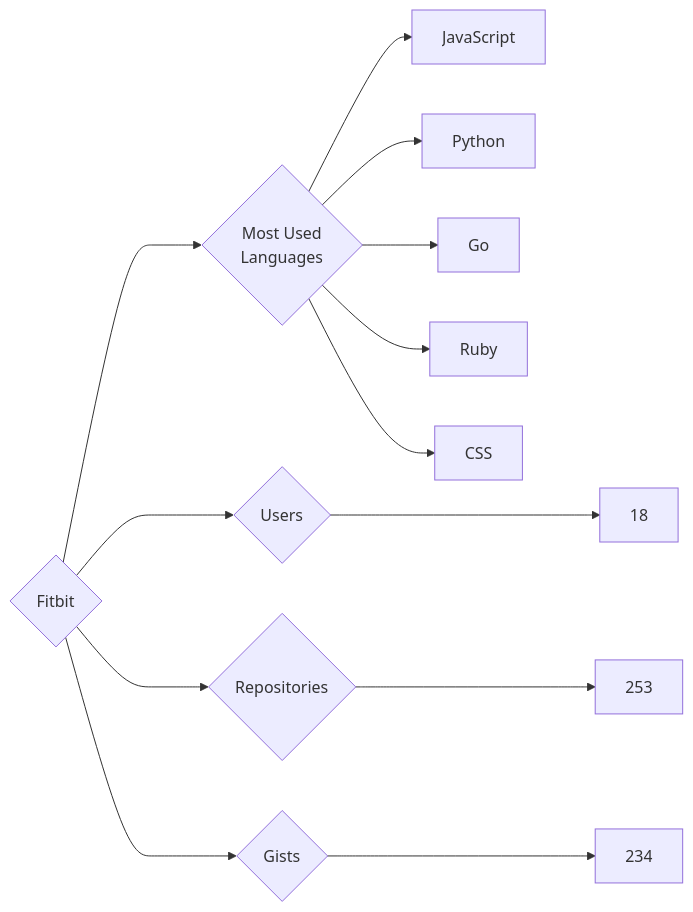
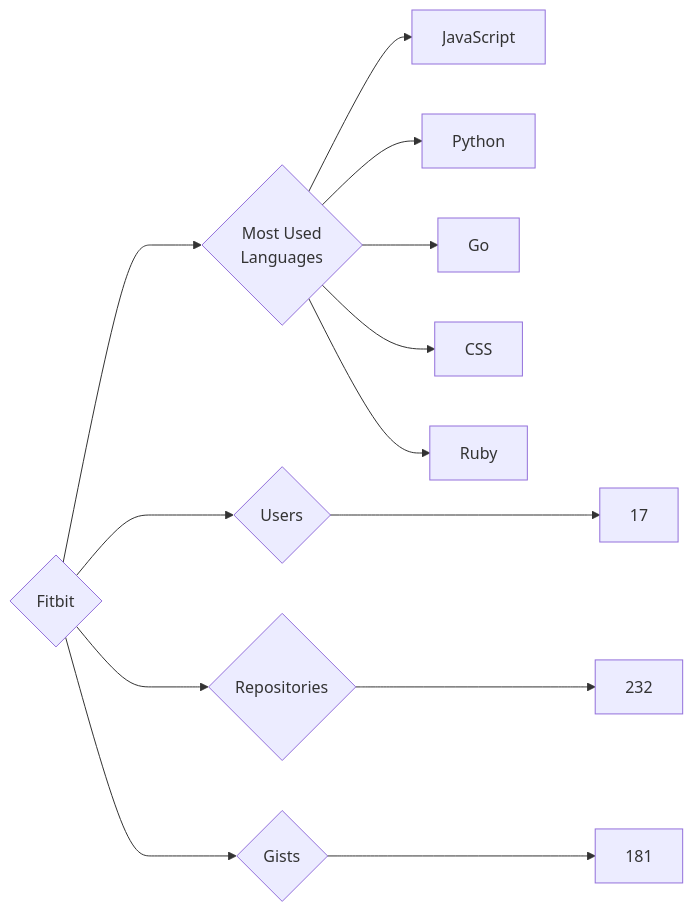
One commit to trickest/insiders changed the diagram in targets/Fitbit/README.md. Above: the diagram before and after it, drawn with Mermaid. The commit also changed 639 other files, not shown here.

````diff
--- a/targets/Fitbit/README.md
+++ b/targets/Fitbit/README.md
@@ -3,13 +3,13 @@
 ```mermaid
 graph LR
 COMPANY_NAME{Fitbit}
-COMPANY_NAME ---> U{Users} ---> UN[18]
-COMPANY_NAME ---> R{Repositories} ---> RN[253]
-COMPANY_NAME ---> G{Gists} ---> GN[234]
+COMPANY_NAME ---> U{Users} ---> UN[17]
+COMPANY_NAME ---> R{Repositories} ---> RN[232]
+COMPANY_NAME ---> G{Gists} ---> GN[181]
 COMPANY_NAME ---> ML{Most Used<br>Languages}
 ML --> JavaScript[JavaScript]
 ML --> Python[Python]
 ML --> Go[Go]
+ML --> CSS[CSS]
 ML --> Ruby[Ruby]
-ML --> CSS[CSS]
 ```
````
